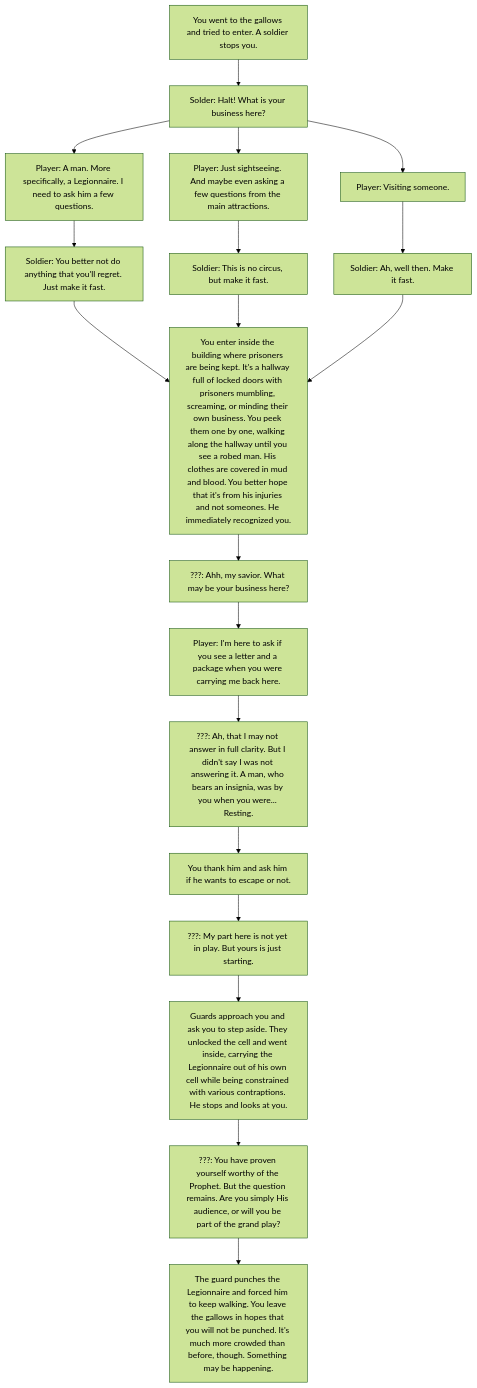
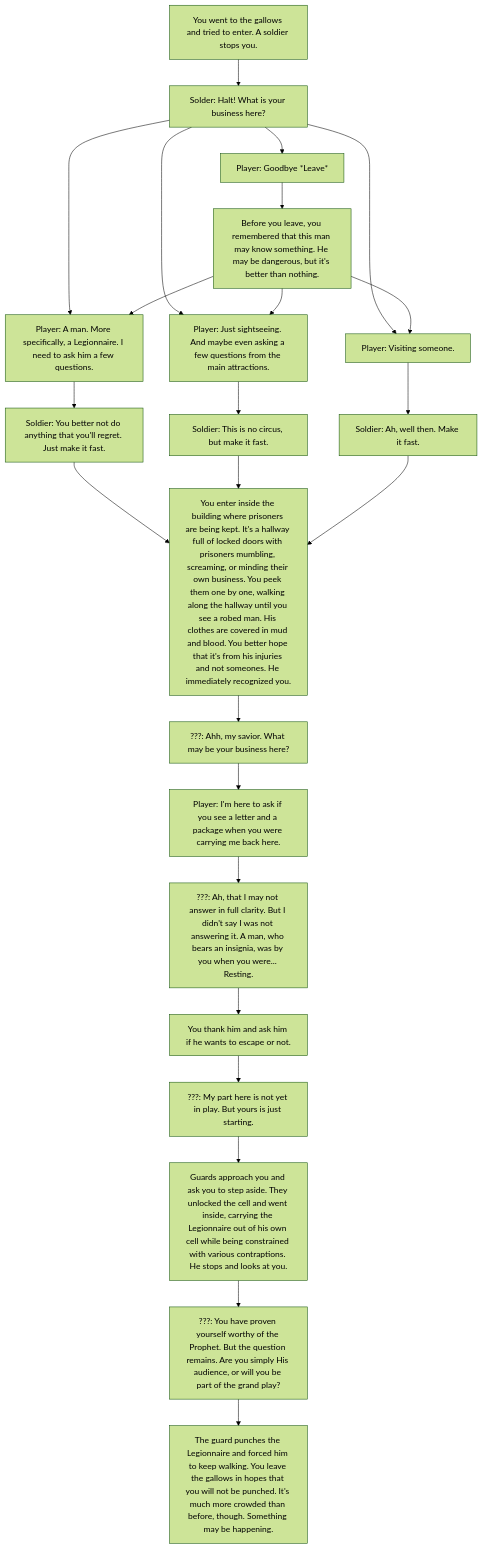
Before and after one commit to pacalso-jjc/2425-2nd-cc3-1e-rpg: the ninth of 25 diagrams in wiki/Quest.md, drawn with Mermaid (forest theme). The commit also changed other lines of this file, not shown here.

````diff
--- a/wiki/Quest.md
+++ b/wiki/Quest.md
@@ -311,25 +365,29 @@
 ```mermaid
 flowchart TD
   A[You went to the gallows and tried to enter. A soldier stops you.]
   A --> B[Solder: Halt! What is your business here?]
 
   B --> C[Player: A man. More specifically, a Legionnaire. I need to ask him a few questions.]
   B --> D[Player: Just sightseeing. And maybe even asking a few questions from the main attractions.]
   B --> E[Player: Visiting someone.]
+  B --> R[Player: Goodbye *Leave*]
+  
+  R --> S[Before you leave, you remembered that this man may know something. He may be dangerous, but it's better than nothing.]
+  S --> C & D & E
 
   C --> F[Soldier: You better not do anything that you'll regret. Just make it fast.]
   D --> G[Soldier: This is no circus, but make it fast.]
   E --> H[Soldier: Ah, well then. Make it fast.]
 
   F & G & H --> I[You enter inside the building where prisoners are being kept. It's a hallway full of locked doors with prisoners mumbling, screaming, or minding their own business. You peek them one by one, walking along the hallway until you see a robed man. His clothes are covered in mud and blood. You better hope that it's from his injuries and not someones. He immediately recognized you.]
 
   I --> J[???: Ahh, my savior. What may be your business here?]
   J --> K[Player: I'm here to ask if you see a letter and a package when you were carrying me back here.]
   K --> L[???: Ah, that I may not answer in full clarity. But I didn't say I was not answering it. A man, who bears an insignia, was by you when you were... Resting.]
   L --> M[You thank him and ask him if he wants to escape or not.]
   M --> N[???: My part here is not yet in play. But yours is just starting.]
   N --> O[Guards approach you and ask you to step aside. They unlocked the cell and went inside, carrying the Legionnaire out of his own cell while being constrained with various contraptions. He stops and looks at you.]
   O --> P[???: You have proven yourself worthy of the Prophet. But the question remains. Are you simply His audience, or will you be part of the grand play?]
   P --> Q[The guard punches the Legionnaire and forced him to keep walking. You leave the gallows in hopes that you will not be punched. It's much more crowded than before, though. Something may be happening.]
 
 ```
````
